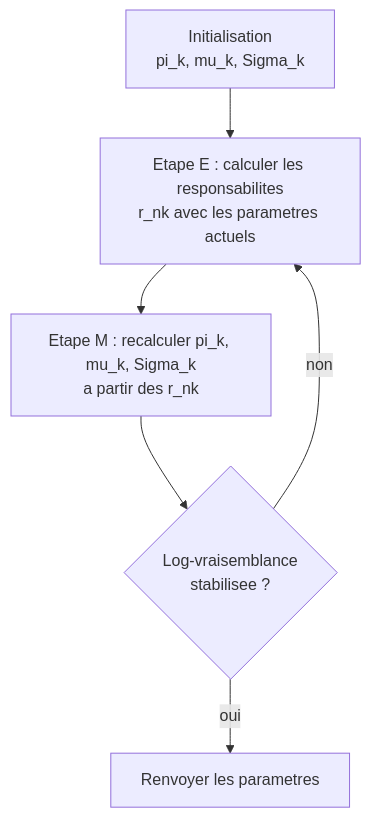
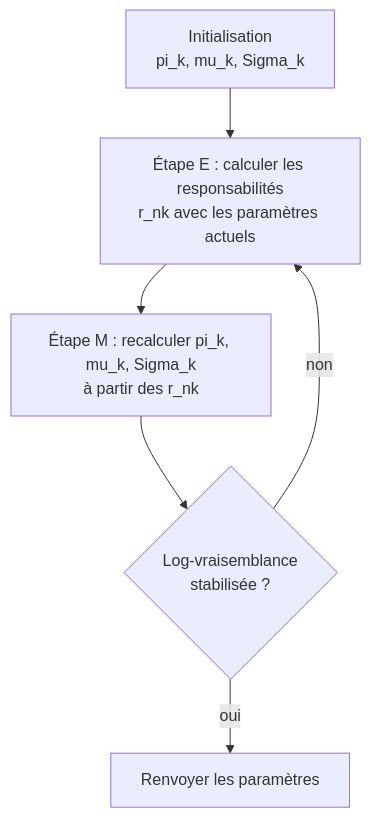
Before and after one commit to tanguychenier/Mathematiques-pour-le-Machine-Learning: the third of 5 diagrams in chapitres/11-melanges-gaussiens.md, drawn with Mermaid. The commit also changed other lines of this file and 7 other files, not shown here.

````diff
--- a/chapitres/11-melanges-gaussiens.md
+++ b/chapitres/11-melanges-gaussiens.md
@@ -314,8 +314,8 @@
 ```mermaid
 flowchart TD
     Init["Initialisation<br/>pi_k, mu_k, Sigma_k"] --> E
-    E["Etape E : calculer les responsabilites<br/>r_nk avec les parametres actuels"] --> M
-    M["Etape M : recalculer pi_k, mu_k, Sigma_k<br/>a partir des r_nk"] --> Conv{"Log-vraisemblance<br/>stabilisee ?"}
+    E["Étape E : calculer les responsabilités<br/>r_nk avec les paramètres actuels"] --> M
+    M["Étape M : recalculer pi_k, mu_k, Sigma_k<br/>à partir des r_nk"] --> Conv{"Log-vraisemblance<br/>stabilisée ?"}
     Conv -->|non| E
-    Conv -->|oui| Fin["Renvoyer les parametres"]
+    Conv -->|oui| Fin["Renvoyer les paramètres"]
 ```
````
